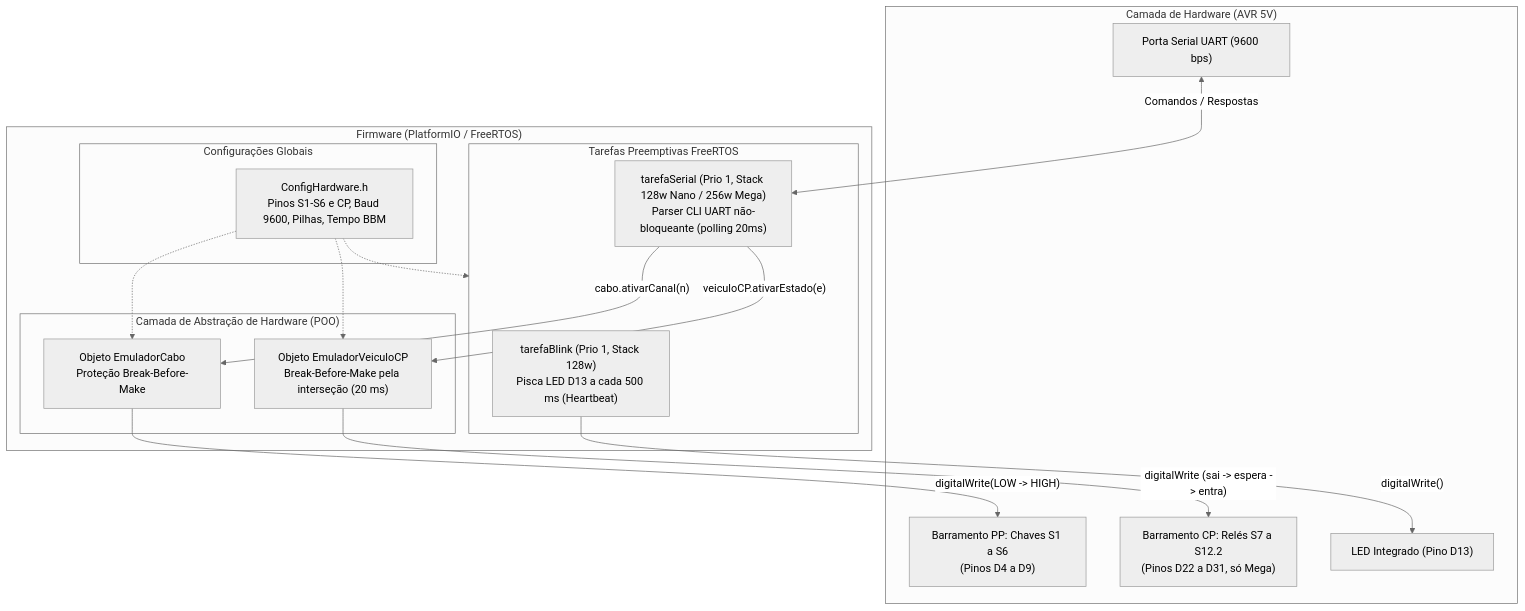
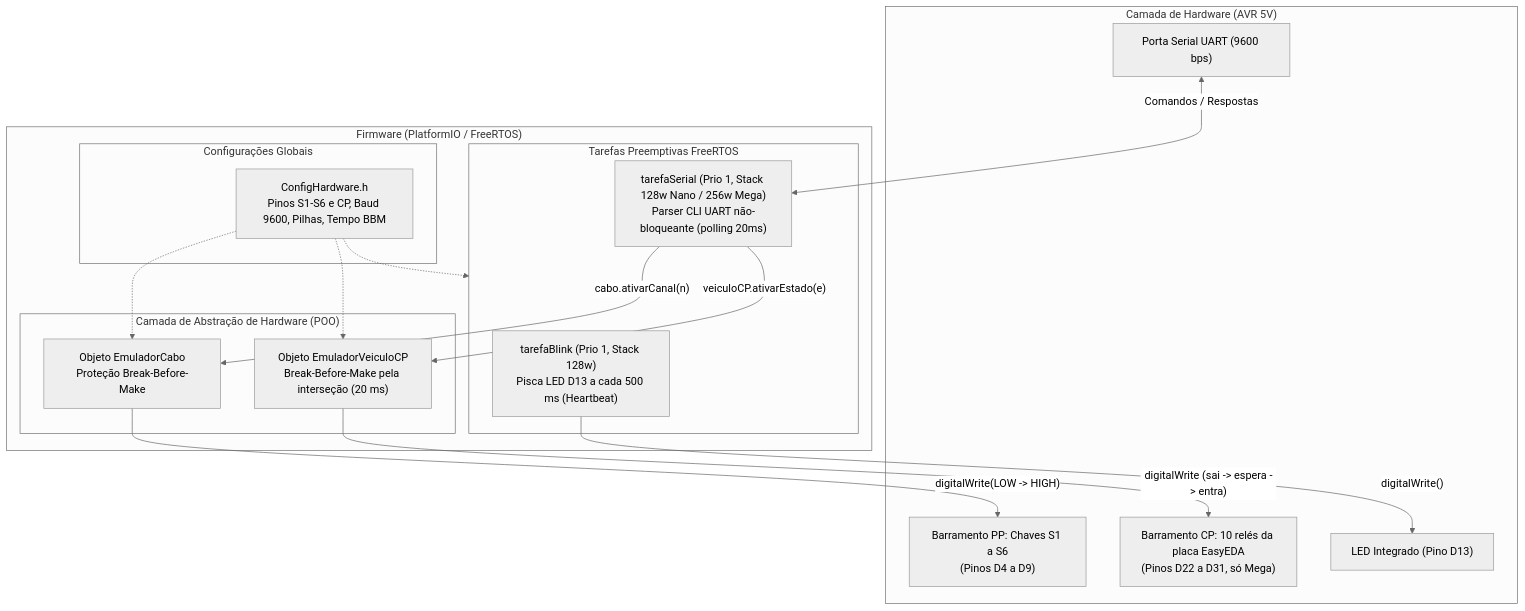
Before and after one commit to luanjjbr/dev-sandbox: the diagram in firmware/Bancada/CONTEXTO.md, drawn with Mermaid (neutral theme). The commit also changed other lines of this file and 18 other files, not shown here.

First line of the commit message:
fix(bancada): firmware e simulação alinhados à placa real (esquemático EasyEDA)

````diff
--- a/firmware/Bancada/CONTEXTO.md
+++ b/firmware/Bancada/CONTEXTO.md
@@ -36,35 +36,35 @@
 ```mermaid
 flowchart TD
     subgraph Hardware["Camada de Hardware (AVR 5V)"]
         LED["LED Integrado (Pino D13)"]
         MOSFETS["Barramento PP: Chaves S1 a S6<br>(Pinos D4 a D9)"]
-        RELES["Barramento CP: Relés S7 a S12.2<br>(Pinos D22 a D31, só Mega)"]
+        RELES["Barramento CP: 10 relés da placa EasyEDA<br>(Pinos D22 a D31, só Mega)"]
         UART["Porta Serial UART (9600 bps)"]
     end
 
     subgraph Firmware["Firmware (PlatformIO / FreeRTOS)"]
         subgraph Tasks["Tarefas Preemptivas FreeRTOS"]
             TBlink["tarefaBlink (Prio 1, Stack 128w)<br>Pisca LED D13 a cada 500 ms (Heartbeat)"]
             TSerial["tarefaSerial (Prio 1, Stack 128w Nano / 256w Mega)<br>Parser CLI UART não-bloqueante (polling 20ms)"]
         end
 
         subgraph Classes["Camada de Abstração de Hardware (POO)"]
             ObjCabo["Objeto EmuladorCabo<br>Proteção Break-Before-Make"]
             ObjCP["Objeto EmuladorVeiculoCP<br>Break-Before-Make pela interseção (20 ms)"]
         end
 
         subgraph Config["Configurações Globais"]
             ConfHW["ConfigHardware.h<br>Pinos S1-S6 e CP, Baud 9600, Pilhas, Tempo BBM"]
         end
     end
 
     ConfHW -.-> Tasks
     ConfHW -.-> ObjCabo
     TBlink -->|"digitalWrite()"| LED
     UART <-->|"Comandos / Respostas"| TSerial
     TSerial -->|"cabo.ativarCanal(n)"| ObjCabo
     ObjCabo -->|"digitalWrite(LOW -> HIGH)"| MOSFETS
     ConfHW -.-> ObjCP
     TSerial -->|"veiculoCP.ativarEstado(e)"| ObjCP
     ObjCP -->|"digitalWrite (sai -> espera -> entra)"| RELES
 ```
````
